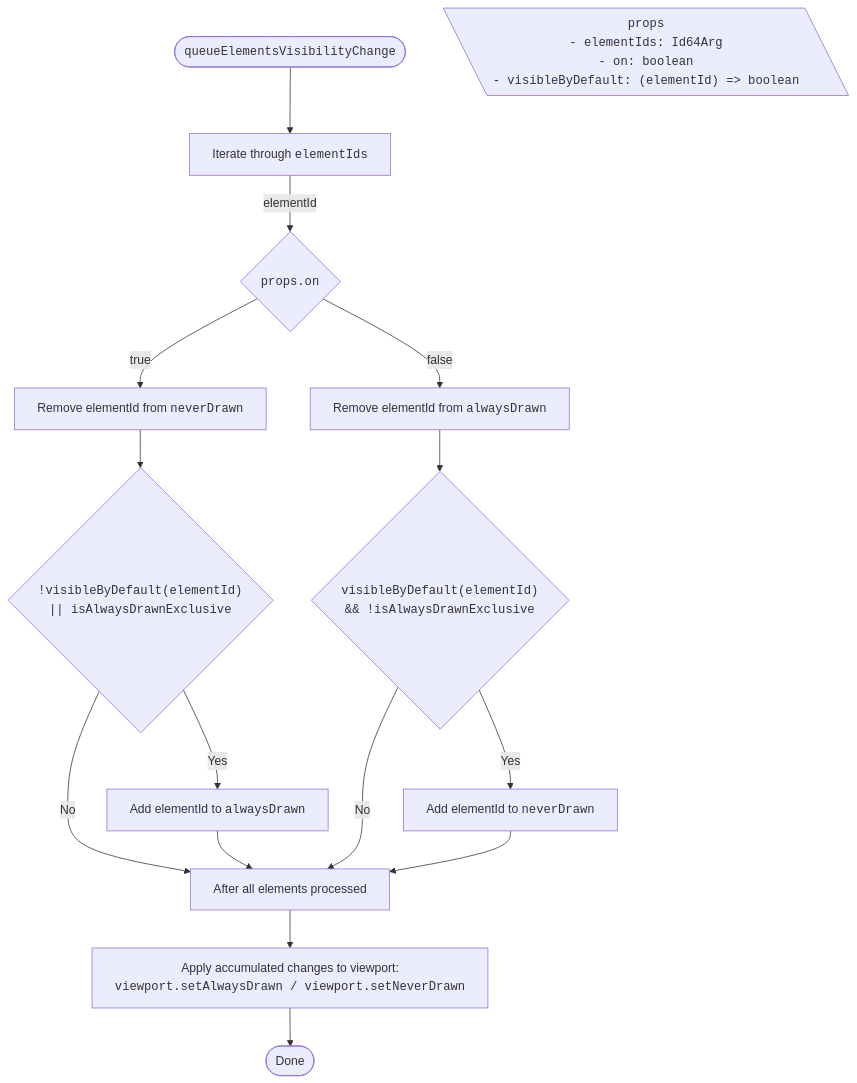
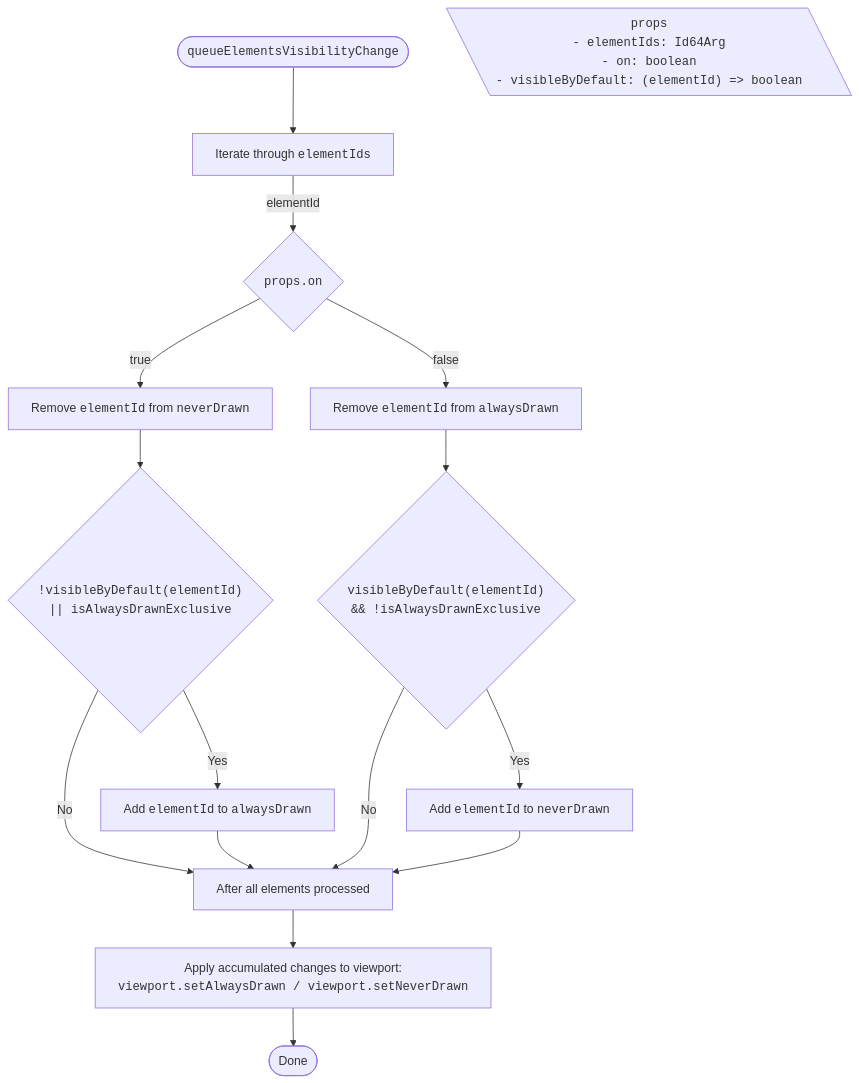
Diagram 13 of 14 in packages/itwin/tree-widget/docs/SharedVisibilityHandling.md (iTwin/viewer-components-react), drawn with Mermaid before and after one commit. The commit also changed other lines of this file, not shown here.

Commit message:
Wrap in code and adjust placement

````diff
--- a/packages/itwin/tree-widget/docs/SharedVisibilityHandling.md
+++ b/packages/itwin/tree-widget/docs/SharedVisibilityHandling.md
@@ -838,38 +837,38 @@
 ```mermaid
 ---
 config:
   flowchart:
     wrappingWidth: 750
     useMaxWidth: false
 ---
 
 flowchart TD
   RESULT_Done([Done])
 
   %% Start
   TITLE(["<code>queueElementsVisibilityChange</code>"]) --> A["Iterate through <code>elementIds</code>"]
 
   PROPS[\"
     <code>props</code>
     <code style='text-align: left;'>- elementIds: Id64Arg<br/> - on: boolean<br/> - visibleByDefault: (elementId) => boolean</code>
   "\]
 
   A -- elementId --> B{"<code>props.on</code>"}
 
   %% Turn on
-  B -- true --> C1["Remove elementId from <code>neverDrawn</code>"]
+  B -- true --> C1["Remove <code>elementId</code> from <code>neverDrawn</code>"]
   C1 --> D1{"<code>!visibleByDefault(elementId)<br/> || isAlwaysDrawnExclusive</code>"}
-  D1 -- Yes --> E1["Add elementId to <code>alwaysDrawn</code>"]
+  D1 -- Yes --> E1["Add <code>elementId</code> to <code>alwaysDrawn</code>"]
   D1 -- No --> F
   E1 --> F
 
   %% Turn off
-  B -- false --> C2["Remove elementId from <code>alwaysDrawn</code>"]
+  B -- false --> C2["Remove <code>elementId</code> from <code>alwaysDrawn</code>"]
   C2 --> D2{"<code>visibleByDefault(elementId)<br/> && !isAlwaysDrawnExclusive</code>"}
-  D2 -- Yes --> E2["Add elementId to <code>neverDrawn</code>"]
+  D2 -- Yes --> E2["Add <code>elementId</code> to <code>neverDrawn</code>"]
   D2 -- No --> F
   E2 --> F
 
   F["After all elements processed"] --> G["Apply accumulated changes to viewport:<br/><code>viewport.setAlwaysDrawn / viewport.setNeverDrawn</code>"]
   G --> RESULT_Done
 ```
````
